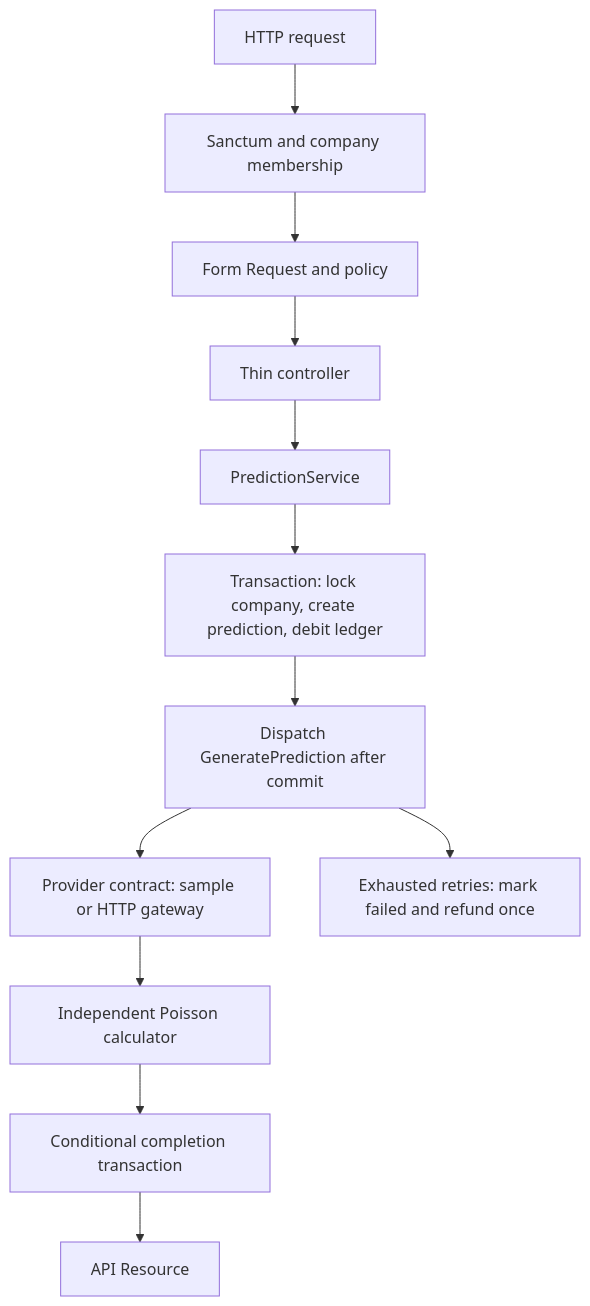
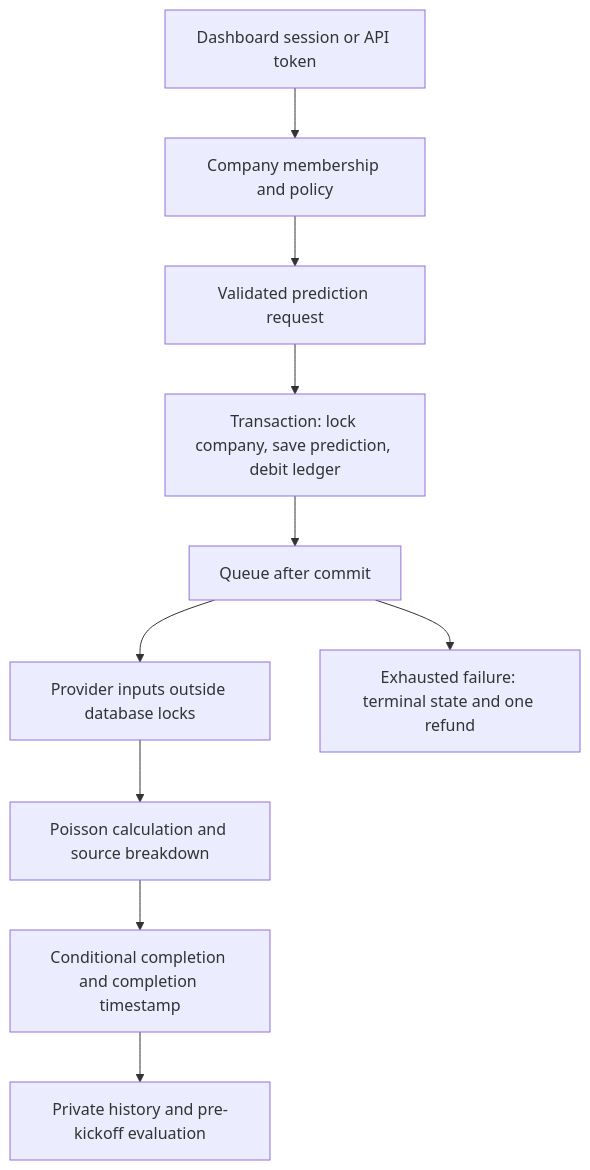
One commit to Vinmumo/Bolum2.0 changed the diagram in README.md. Above: the diagram before and after it, drawn with Mermaid. The commit also changed other lines of this file and 7 other files, not shown here.

Commit message:
feat: complete dashboard analytics and browser verification

````diff
--- a/README.md
+++ b/README.md
@@ -50,14 +91,12 @@
 ```mermaid
 flowchart TD
-    Request[HTTP request] --> Auth[Sanctum and company membership]
-    Auth --> Validation[Form Request and policy]
-    Validation --> Controller[Thin controller]
-    Controller --> Service[PredictionService]
-    Service --> Transaction[Transaction: lock company, create prediction, debit ledger]
-    Transaction --> Queue[Dispatch GeneratePrediction after commit]
-    Queue --> Provider[Provider contract: sample or HTTP gateway]
-    Provider --> Calculator[Independent Poisson calculator]
-    Calculator --> Result[Conditional completion transaction]
-    Queue --> Failure[Exhausted retries: mark failed and refund once]
-    Result --> Resource[API Resource]
+    Browser[Dashboard session or API token] --> Access[Company membership and policy]
+    Access --> Request[Validated prediction request]
+    Request --> Transaction[Transaction: lock company, save prediction, debit ledger]
+    Transaction --> Queue[Queue after commit]
+    Queue --> Providers[Provider inputs outside database locks]
+    Providers --> Model[Poisson calculation and source breakdown]
+    Model --> Complete[Conditional completion and completion timestamp]
+    Queue --> Failure[Exhausted failure: terminal state and one refund]
+    Complete --> History[Private history and pre-kickoff evaluation]
 ```
````
